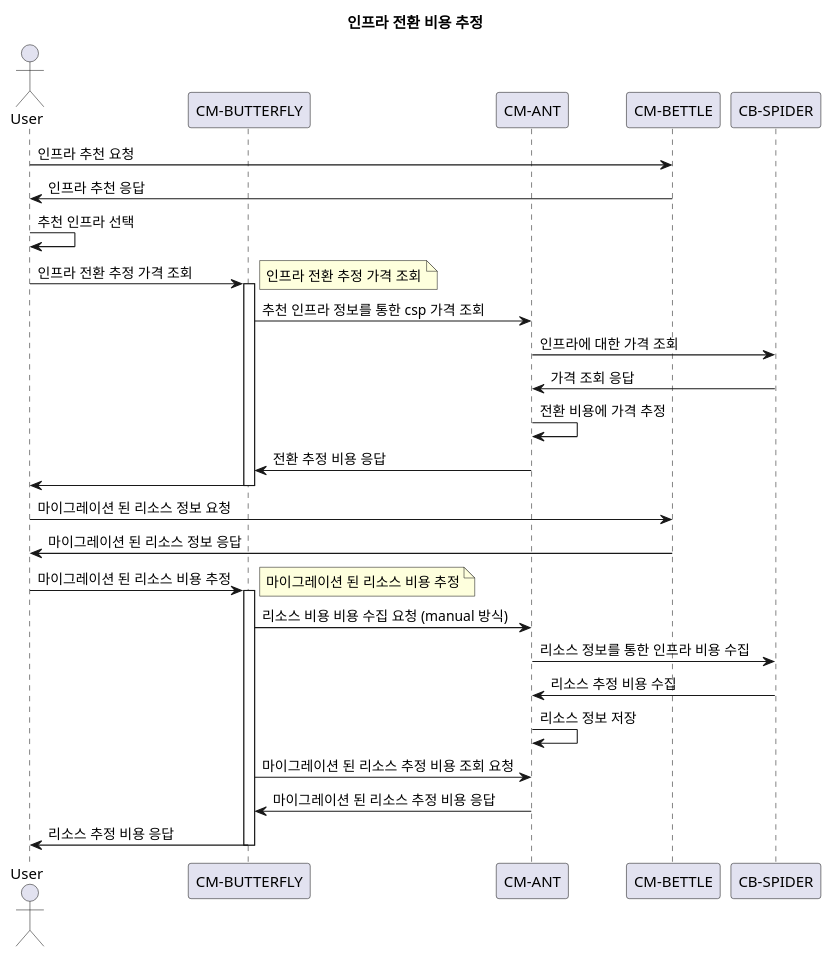
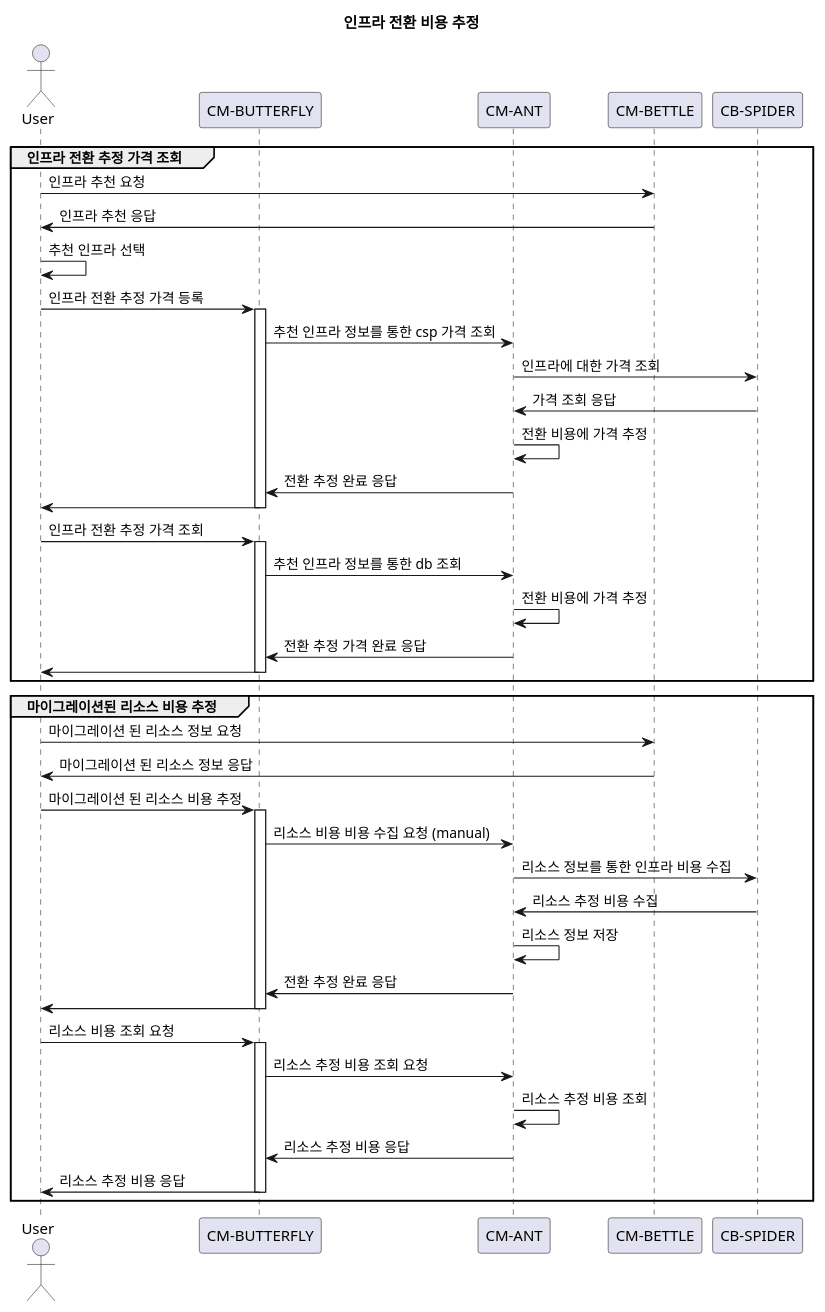
Before and after one commit to MZC-CSC/uml: the diagram in cmigrator/cm-ant/costEstimation.plantUML, drawn with PlantUML. The commit also changed 2 other files, not shown here.

Commit message:
update perf and cost evaluation framework sequence flow

```diff
--- a/cmigrator/cm-ant/costEstimation.plantUML
+++ b/cmigrator/cm-ant/costEstimation.plantUML
@@ -1,49 +1,56 @@
 @startuml
 
 title "인프라 전환 비용 추정"
 
 actor User as EndUser
 
 participant "CM-BUTTERFLY" as butterfly
 participant "CM-ANT" as ant
 participant "CM-BETTLE" as beetle
 participant "CB-SPIDER" as spider
 
-
+group 인프라 전환 추정 가격 조회
     EndUser -> beetle : 인프라 추천 요청
     EndUser <- beetle : 인프라 추천 응답
     EndUser -> EndUser: 추천 인프라 선택
 
-EndUser     -> butterfly ++: 인프라 전환 추정 가격 조회
-    note right
-        인프라 전환 추정 가격 조회
-    end note
+    EndUser     -> butterfly ++: 인프라 전환 추정 가격 등록
+
 
     butterfly -> ant : 추천 인프라 정보를 통한 csp 가격 조회
     ant -> spider : 인프라에 대한 가격 조회
     ant <- spider : 가격 조회 응답
     ant -> ant : 전환 비용에 가격 추정
-    butterfly <- ant : 전환 추정 비용 응답
-EndUser     <- butterfly --:
+    butterfly <- ant : 전환 추정 완료 응답
+    EndUser     <- butterfly --:
+
+    EndUser     -> butterfly ++: 인프라 전환 추정 가격 조회
+    butterfly -> ant : 추천 인프라 정보를 통한 db 조회
+    ant -> ant : 전환 비용에 가격 추정
+    butterfly <- ant : 전환 추정 가격 완료 응답
+    EndUser     <- butterfly --:
+
+end
+    
+group 마이그레이션된 리소스 비용 추정
+    EndUser -> beetle : 마이그레이션 된 리소스 정보 요청
+    EndUser <- beetle : 마이그레이션 된 리소스 정보 응답
+
+    EndUser     -> butterfly ++: 마이그레이션 된 리소스 비용 추정
+
+    butterfly -> ant : 리소스 비용 비용 수집 요청 (manual)
+    ant -> spider : 리소스 정보를 통한 인프라 비용 수집
+    ant <- spider : 리소스 추정 비용 수집
+    ant -> ant : 리소스 정보 저장
+    butterfly <- ant : 전환 추정 완료 응답
+    EndUser     <- butterfly --:
+
+    EndUser     -> butterfly ++: 리소스 비용 조회 요청
+    butterfly -> ant : 리소스 추정 비용 조회 요청
+    ant -> ant : 리소스 추정 비용 조회
+    butterfly <- ant : 리소스 추정 비용 응답
+    EndUser     <- butterfly --: 리소스 추정 비용 응답
+end
 
 
-EndUser -> beetle : 마이그레이션 된 리소스 정보 요청
-EndUser <- beetle : 마이그레이션 된 리소스 정보 응답
-
-EndUser     -> butterfly ++: 마이그레이션 된 리소스 비용 추정
-
-    note right
-        마이그레이션 된 리소스 비용 추정
-    end note
-
-    butterfly -> ant : 리소스 비용 비용 수집 요청 (manual 방식)
-    ant -> spider : 리소스 정보를 통한 인프라 비용 수집
-    ant <- spider : 리소스 추정 비용 수집
-    
-    ant -> ant : 리소스 정보 저장
-
-    butterfly -> ant : 마이그레이션 된 리소스 추정 비용 조회 요청
-    butterfly <- ant : 마이그레이션 된 리소스 추정 비용 응답
-EndUser     <- butterfly --: 리소스 추정 비용 응답
-
 @enduml
```
